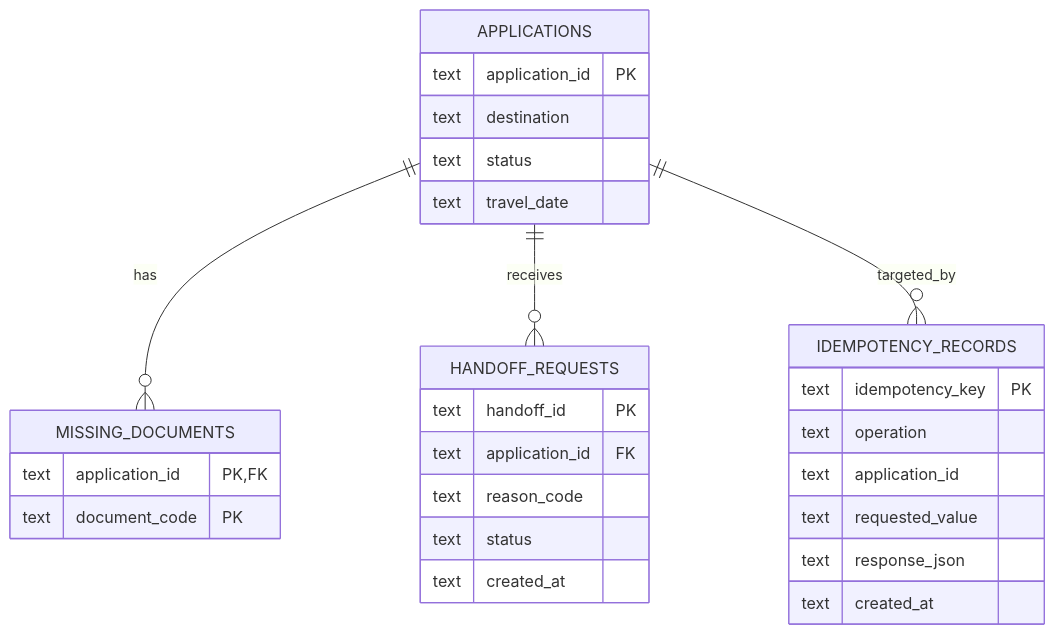
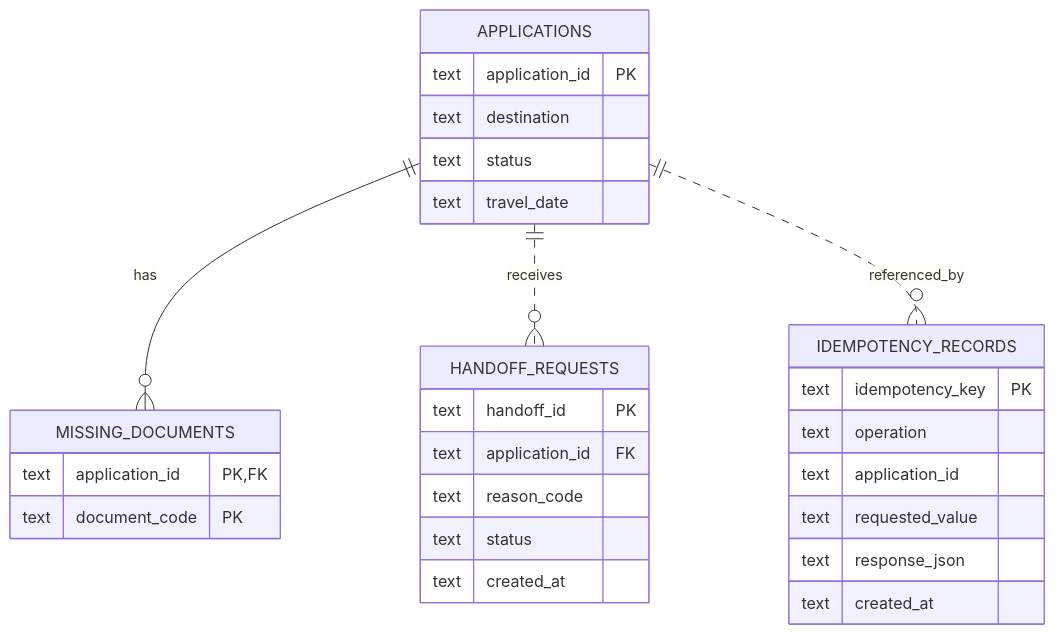
The eighth of 8 diagrams in docs/ARCHITECTURE.md (Parth-Bisht-227/waypoint-voice-ai), drawn with Mermaid before and after one commit. The commit also changed other lines of this file and 6 other files, not shown here.

````diff
--- a/docs/ARCHITECTURE.md
+++ b/docs/ARCHITECTURE.md
@@ -279,32 +341,32 @@
-```mermaid
+~~~mermaid
 erDiagram
     APPLICATIONS ||--o{ MISSING_DOCUMENTS : has
-    APPLICATIONS ||--o{ HANDOFF_REQUESTS : receives
-    APPLICATIONS ||--o{ IDEMPOTENCY_RECORDS : targeted_by
+    APPLICATIONS ||..o{ HANDOFF_REQUESTS : receives
+    APPLICATIONS ||..o{ IDEMPOTENCY_RECORDS : referenced_by
 
     APPLICATIONS {
         text application_id PK
         text destination
         text status
         text travel_date
     }
     MISSING_DOCUMENTS {
         text application_id PK, FK
         text document_code PK
     }
     IDEMPOTENCY_RECORDS {
         text idempotency_key PK
         text operation
         text application_id
         text requested_value
         text response_json
         text created_at
     }
     HANDOFF_REQUESTS {
         text handoff_id PK
         text application_id FK
         text reason_code
         text status
         text created_at
     }
-```
+~~~
````
